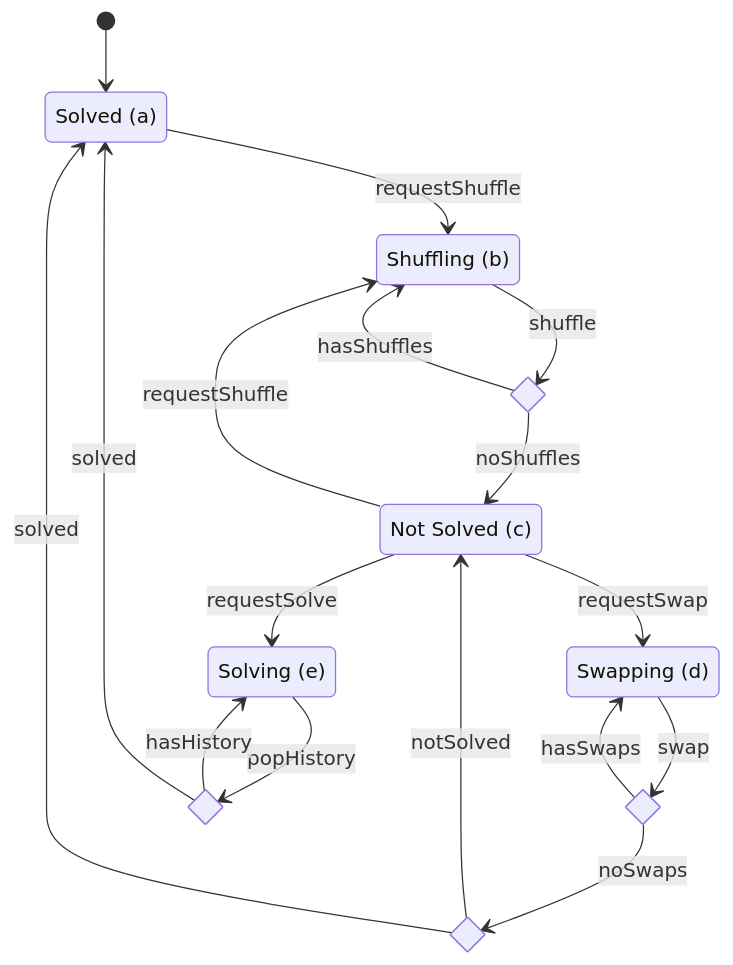
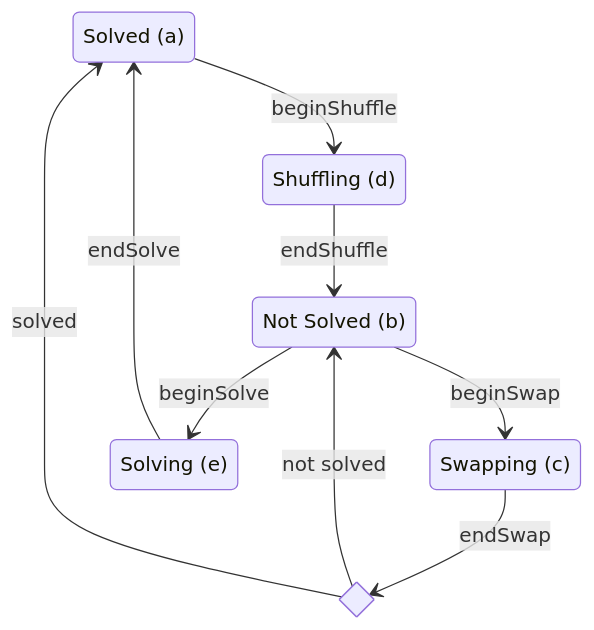
One commit to grancalavera/15-puzzle changed the diagram in README.md. Above: the diagram before and after it, drawn with Mermaid. The commit also changed 7 other files, not shown here.

````diff
--- a/README.md
+++ b/README.md
@@ -5,33 +5,23 @@
 ```mermaid
 stateDiagram
-    a: Solved (a)
-    b: Shuffling (b)
-    c: Not Solved (c)
-    d: Swapping (d)
 
-    state c1 <<choice>>
-    state c2 <<choice>>
-    state c3 <<choice>>
+a: Solved (a)
+b: Not Solved (b)
+c: Swapping (c)
+d: Shuffling (d)
+e: Solving (e)
 
-    [*] --> a
+state c1 <<choice>>
 
-    a --> b: requestShuffle
-    b --> c1: shuffle
-    c1 --> b: hasShuffles
-    c1 --> c: noShuffles
+a --> d: beginShuffle
+d --> b: endShuffle
 
-    c --> b: requestShuffle
-    c --> d: requestSwap
-    d --> c2: swap
-    c2 --> d: hasSwaps
-    c2 --> c3: noSwaps
-    c3 --> c: notSolved
-    c3 --> a: solved
+b --> c: beginSwap
+c --> c1: endSwap
 
-    e: Solving (e)
-    state c4 <<choice>>
-    c --> e: requestSolve
-    e --> c4: popHistory
-    c4 --> e: hasHistory
-    c4 --> a: solved
+c1 --> b: not solved
+c1 --> a: solved
+
+b --> e: beginSolve
+e --> a: endSolve
 ```
````
